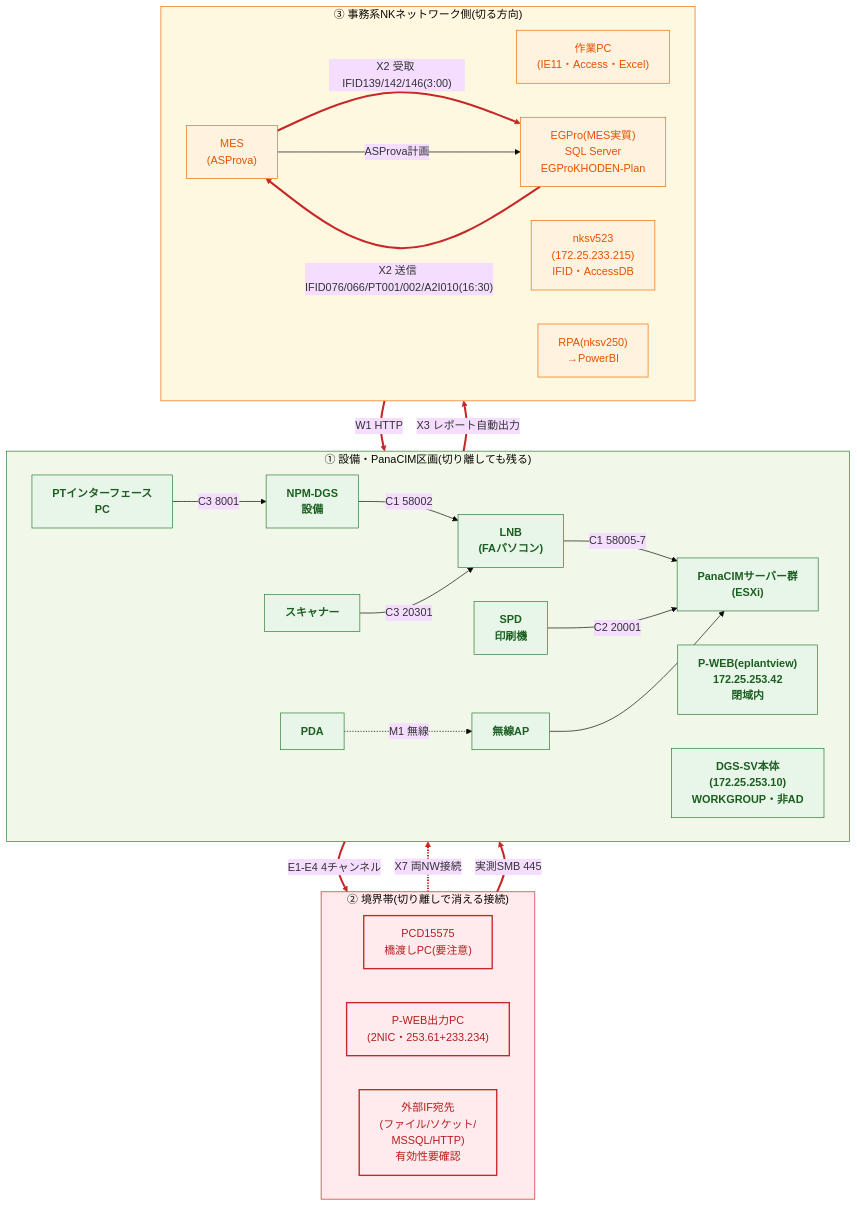
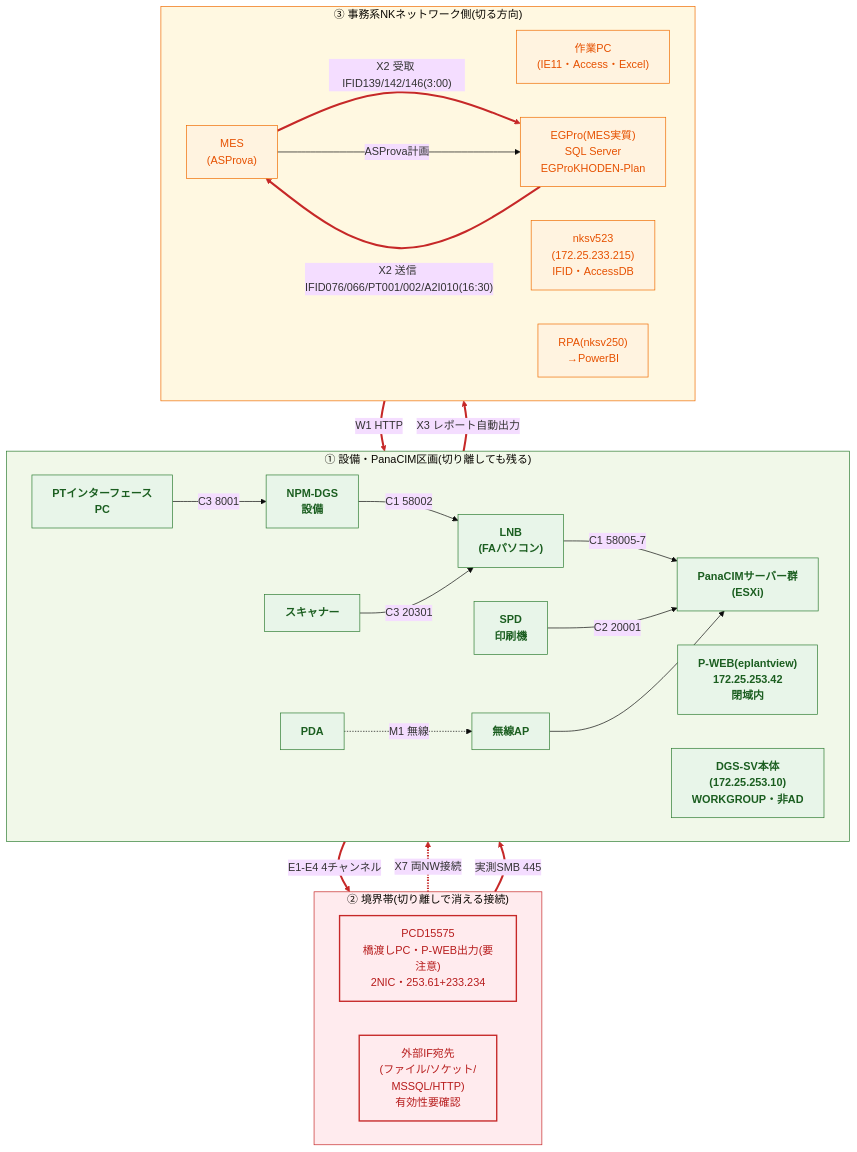
Before and after one commit to nk-shino/work_vault: the diagram in workvault-sync/10_業務全般/PHP_PanaCIM/PanaCIMデータ授受一覧_ドラフト_2026-10-30.md, drawn with Mermaid (base theme). The commit also changed other lines of this file and 7 other files, not shown here.

````diff
--- a/workvault-sync/10_業務全般/PHP_PanaCIM/PanaCIMデータ授受一覧_ドラフト_2026-10-30.md
+++ b/workvault-sync/10_業務全般/PHP_PanaCIM/PanaCIMデータ授受一覧_ドラフト_2026-10-30.md
@@ -16,59 +16,58 @@
 ```mermaid
 flowchart TB
   subgraph FA["① 設備・PanaCIM区画(切り離しても残る)"]
     direction LR
     NPM["NPM-DGS<br/>設備"]
     LNB["LNB<br/>(FAパソコン)"]
     SPD["SPD<br/>印刷機"]
     PTI["PTインターフェース<br/>PC"]
     SC["スキャナー"]
     AP["無線AP"]
     PDA["PDA"]
     SRV["PanaCIMサーバー群<br/>(ESXi)"]
     PWEB["P-WEB(eplantview)<br/>172.25.253.42<br/>閉域内"]
     DGS["DGS-SV本体<br/>(172.25.253.10)<br/>WORKGROUP・非AD"]
   end
 
   subgraph BORDER["② 境界帯(切り離しで消える接続)"]
     direction LR
-    P15575["PCD15575<br/>橋渡しPC(要注意)"]
-    P2N["P-WEB出力PC<br/>(2NIC・253.61+233.234)"]
+    P15575["PCD15575<br/>橋渡しPC・P-WEB出力(要注意)<br/>2NIC・253.61+233.234"]
     EXT["外部IF宛先<br/>(ファイル/ソケット/<br/>MSSQL/HTTP)<br/>有効性要確認"]
   end
 
   subgraph OFFICE["③ 事務系NKネットワーク側(切る方向)"]
     direction LR
     BR["作業PC<br/>(IE11・Access・Excel)"]
     MES["MES<br/>(ASProva)"]
     EG["EGPro(MES実質)<br/>SQL Server<br/>EGProKHODEN-Plan"]
     N523["nksv523<br/>(172.25.233.215)<br/>IFID・AccessDB"]
     RPA["RPA(nksv250)<br/>→PowerBI"]
   end
 
   NPM -- "C1 58002" --> LNB
   LNB -- "C1 58005-7" --> SRV
   SPD -- "C2 20001" --> SRV
   PTI -- "C3 8001" --> NPM
   SC -- "C3 20301" --> LNB
   PDA -. "M1 無線" .-> AP
   AP --> SRV
   BR -- "W1 HTTP" --> PWEB
   MES -- "X2 受取 IFID139/142/146(3:00)" --> EG
   EG -- "X2 送信 IFID076/066/PT001/002/A2I010(16:30)" --> MES
   SRV -- "X3 レポート自動出力" --> RPA
   P15575 -. "X7 両NW接続" .-> SRV
   SRV -- "E1-E4 4チャンネル" --> EXT
-  P2N -- "実測SMB 445" --> DGS
+  P15575 -- "実測SMB 445" --> DGS
   MES -- "ASProva計画" --> EG
 
   linkStyle 7,8,9,10,11,12,13 stroke:#c62828,stroke-width:3px
   classDef fa fill:#e8f5e9,stroke:#2e7d32,color:#1b5e20
   classDef office fill:#fff3e0,stroke:#ef6c00,color:#e65100
   classDef border fill:#ffebee,stroke:#c62828,color:#b71c1c,stroke-width:2px
   class NPM,LNB,SPD,PTI,SC,AP,PDA,SRV,PWEB,DGS fa
   class BR,MES,EG,N523,RPA office
-  class P15575,P2N,EXT border
+  class P15575,EXT border
   style FA fill:#f1f8e9,stroke:#2e7d32
   style BORDER fill:#ffebee,stroke:#c62828
   style OFFICE fill:#fff8e1,stroke:#ef6c00
 ```
````
